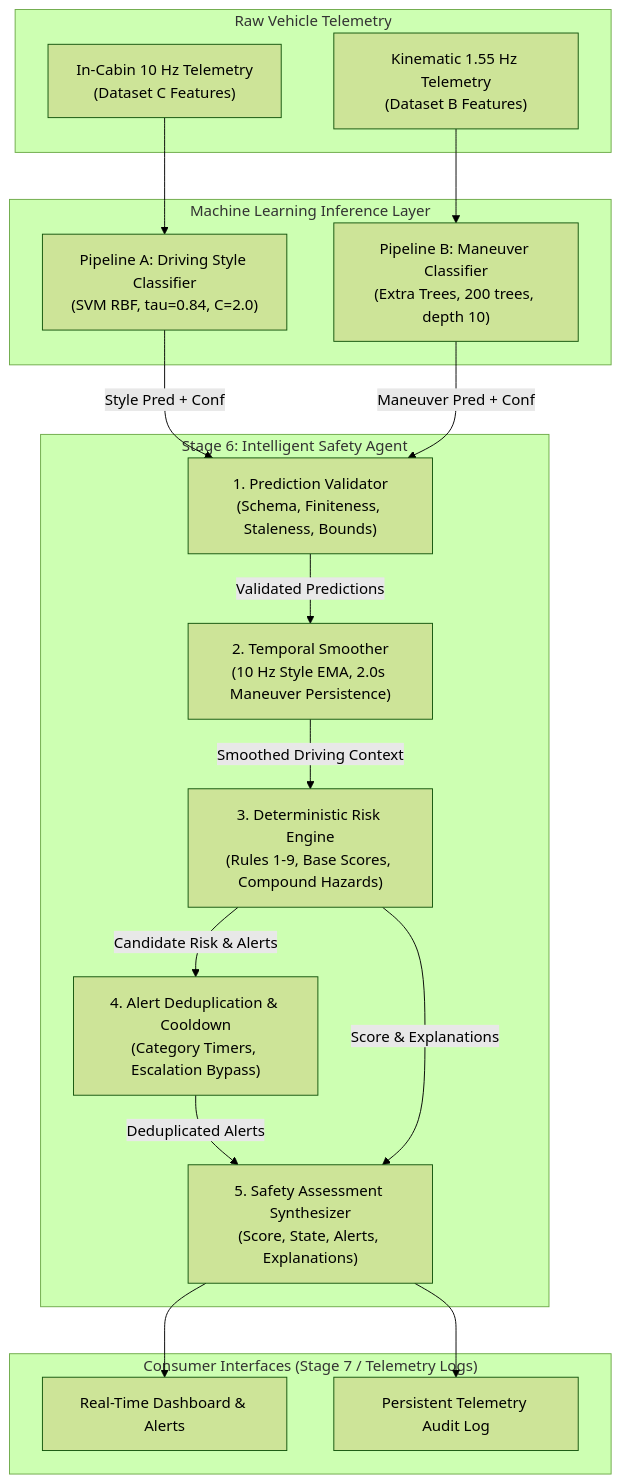
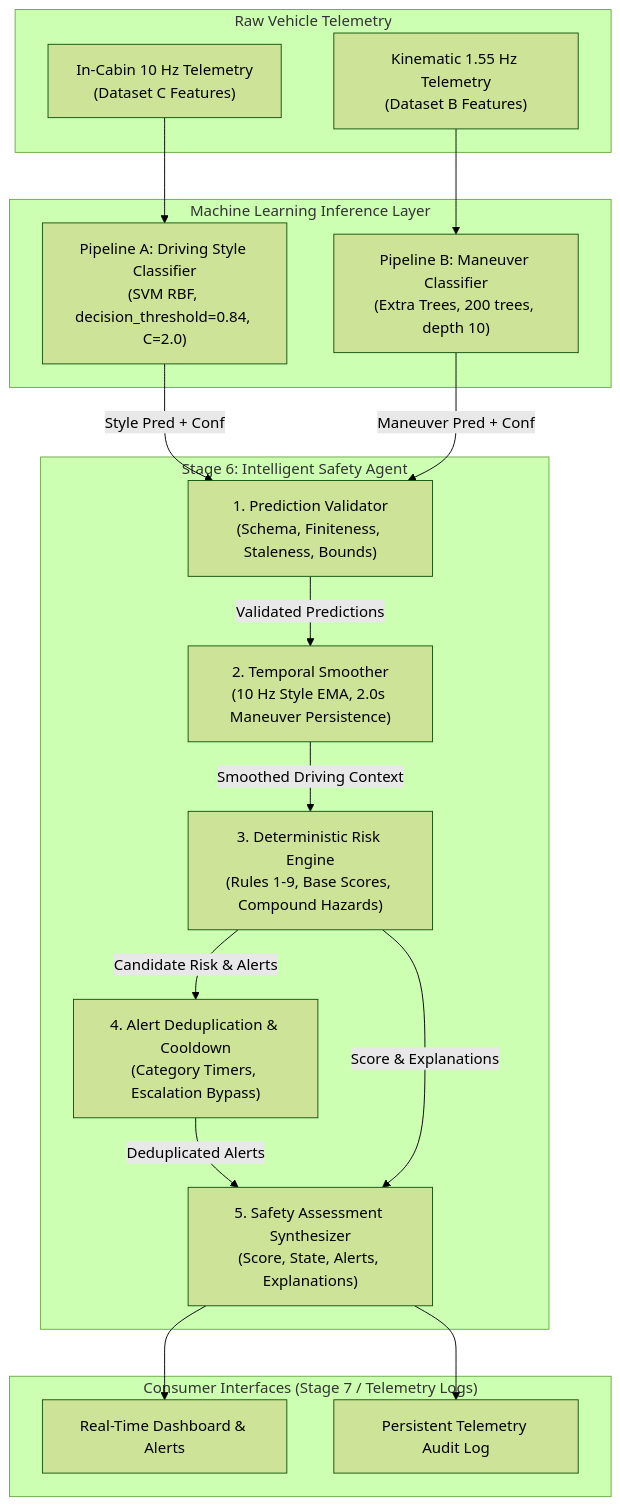
Before and after one commit to yeswanth225/driver-machine-learning-model: the first of 2 diagrams in reports/safety_agent/stage6_architecture.md, drawn with Mermaid (forest theme). The commit also changed other lines of this file and 222 other files, not shown here.

````diff
--- a/reports/safety_agent/stage6_architecture.md
+++ b/reports/safety_agent/stage6_architecture.md
@@ -28,37 +34,37 @@
 ```mermaid
 flowchart TD
     subgraph SENSORS ["Raw Vehicle Telemetry"]
         SA["In-Cabin 10 Hz Telemetry\n(Dataset C Features)"]
         SB["Kinematic 1.55 Hz Telemetry\n(Dataset B Features)"]
     end
 
     subgraph INFERENCE ["Machine Learning Inference Layer"]
-        PA["Pipeline A: Driving Style Classifier\n(SVM RBF, tau=0.84, C=2.0)"]
+        PA["Pipeline A: Driving Style Classifier\n(SVM RBF, decision_threshold=0.84, C=2.0)"]
         PB["Pipeline B: Maneuver Classifier\n(Extra Trees, 200 trees, depth 10)"]
     end
 
     subgraph AGENT ["Stage 6: Intelligent Safety Agent"]
         PV["1. Prediction Validator\n(Schema, Finiteness, Staleness, Bounds)"]
         TS["2. Temporal Smoother\n(10 Hz Style EMA, 2.0s Maneuver Persistence)"]
         RE["3. Deterministic Risk Engine\n(Rules 1-9, Base Scores, Compound Hazards)"]
         DD["4. Alert Deduplication & Cooldown\n(Category Timers, Escalation Bypass)"]
         SA_OUT["5. Safety Assessment Synthesizer\n(Score, State, Alerts, Explanations)"]
     end
 
     subgraph OUTPUT ["Consumer Interfaces (Stage 7 / Telemetry Logs)"]
         UI["Real-Time Dashboard & Alerts"]
         LOG["Persistent Telemetry Audit Log"]
     end
 
     SA --> PA
     SB --> PB
     PA -->|"Style Pred + Conf"| PV
     PB -->|"Maneuver Pred + Conf"| PV
     PV -->|"Validated Predictions"| TS
     TS -->|"Smoothed Driving Context"| RE
     RE -->|"Candidate Risk & Alerts"| DD
     DD -->|"Deduplicated Alerts"| SA_OUT
     RE -->|"Score & Explanations"| SA_OUT
     SA_OUT --> UI
     SA_OUT --> LOG
 ```
````
